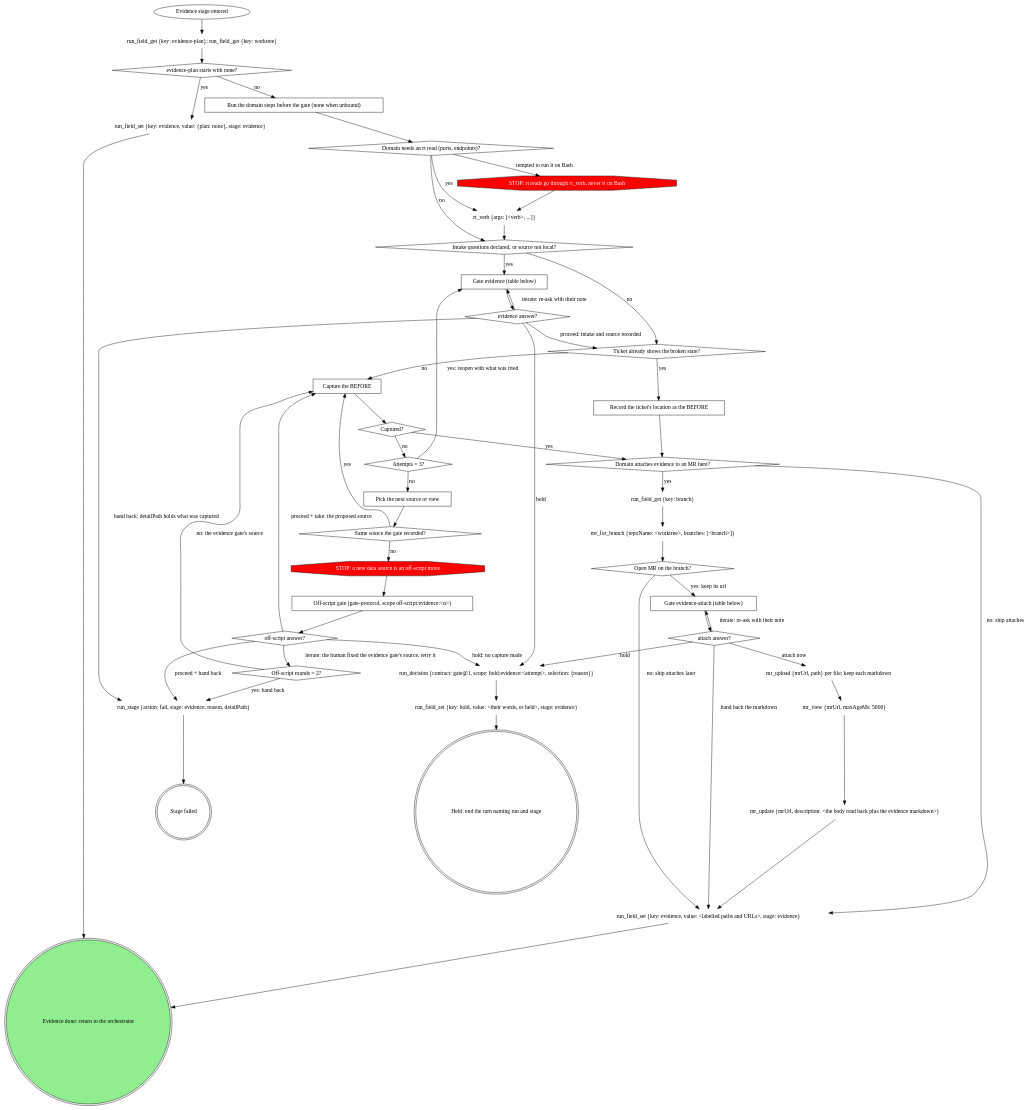
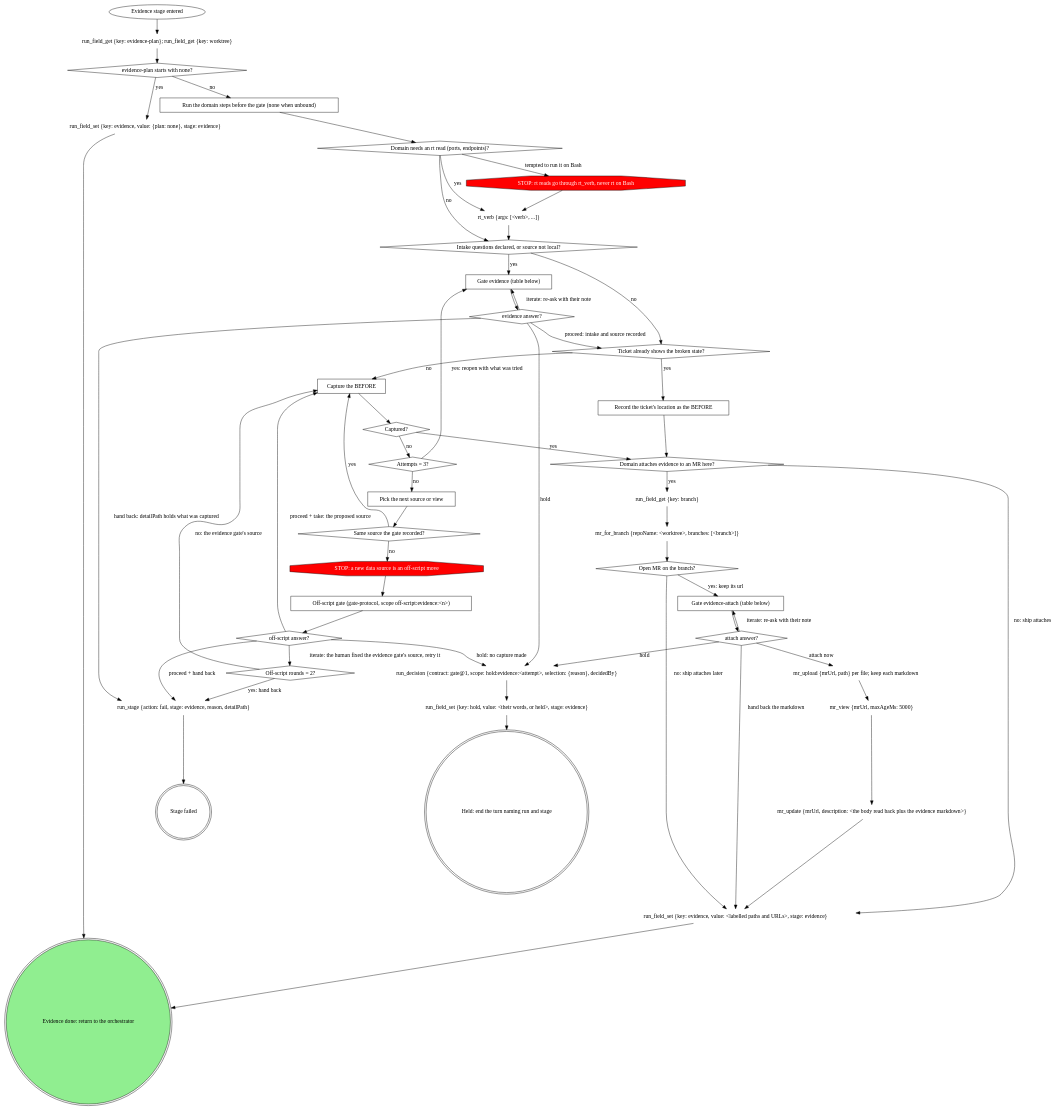
Before and after one commit to m4ttstack/skills: the diagram in attachments/pipeline/stage-evidence/SKILL.md, drawn with Graphviz. The commit also changed 5 other files, not shown here.

First line of the commit message:
work, stages: gate endings, Hold decidedBy, ship STOP routing (RT-343)

```diff
--- a/attachments/pipeline/stage-evidence/SKILL.md
+++ b/attachments/pipeline/stage-evidence/SKILL.md
@@ -60,7 +60,7 @@
     "mr_update {mrUrl, description: <the body read back plus the evidence markdown>}" [shape=plaintext];
     "run_field_set {key: evidence, value: <labelled paths and URLs>, stage: evidence}" [shape=plaintext];
     "run_stage {action: fail, stage: evidence, reason, detailPath}" [shape=plaintext];
-    "run_decision {contract: gate@1, scope: hold:evidence:<attempt>, selection: {reason}}" [shape=plaintext];
+    "run_decision {contract: gate@1, scope: hold:evidence:<attempt>, selection: {reason}, decidedBy}" [shape=plaintext];
     "run_field_set {key: hold, value: <their words, or held>, stage: evidence}" [shape=plaintext];
     "Held: end the turn naming run and stage" [shape=doublecircle];
     "Stage failed" [shape=doublecircle];
@@ -82,7 +82,7 @@
     "Gate evidence (table below)" -> "evidence answer?";
     "evidence answer?" -> "Ticket already shows the broken state?" [label="proceed: intake and source recorded"];
     "evidence answer?" -> "Gate evidence (table below)" [label="iterate: re-ask with their note"];
-    "evidence answer?" -> "run_decision {contract: gate@1, scope: hold:evidence:<attempt>, selection: {reason}}" [label="hold"];
+    "evidence answer?" -> "run_decision {contract: gate@1, scope: hold:evidence:<attempt>, selection: {reason}, decidedBy}" [label="hold"];
     "evidence answer?" -> "run_stage {action: fail, stage: evidence, reason, detailPath}" [label="hand back: detailPath holds what was captured"];
     "Ticket already shows the broken state?" -> "Record the ticket's location as the BEFORE" [label="yes"];
     "Ticket already shows the broken state?" -> "Capture the BEFORE" [label="no"];
@@ -100,7 +100,7 @@
     "off-script answer?" -> "Capture the BEFORE" [label="proceed + take: the proposed source"];
     "off-script answer?" -> "run_stage {action: fail, stage: evidence, reason, detailPath}" [label="proceed + hand back"];
     "off-script answer?" -> "Off-script rounds = 2?" [label="iterate: the human fixed the evidence gate's source, retry it"];
-    "off-script answer?" -> "run_decision {contract: gate@1, scope: hold:evidence:<attempt>, selection: {reason}}" [label="hold: no capture made"];
+    "off-script answer?" -> "run_decision {contract: gate@1, scope: hold:evidence:<attempt>, selection: {reason}, decidedBy}" [label="hold: no capture made"];
     "Off-script rounds = 2?" -> "Capture the BEFORE" [label="no: the evidence gate's source"];
     "Off-script rounds = 2?" -> "run_stage {action: fail, stage: evidence, reason, detailPath}" [label="yes: hand back"];
     "Domain attaches evidence to an MR here?" -> "run_field_get {key: branch}" [label="yes"];
@@ -112,8 +112,8 @@
     "Gate evidence-attach (table below)" -> "attach answer?";
     "attach answer?" -> "mr_upload {mrUrl, path} per file; keep each markdown" [label="attach now"];
     "attach answer?" -> "run_field_set {key: evidence, value: <labelled paths and URLs>, stage: evidence}" [label="hand back the markdown"];
-    "attach answer?" -> "run_decision {contract: gate@1, scope: hold:evidence:<attempt>, selection: {reason}}" [label="hold"];
-    "run_decision {contract: gate@1, scope: hold:evidence:<attempt>, selection: {reason}}" -> "run_field_set {key: hold, value: <their words, or held>, stage: evidence}";
+    "attach answer?" -> "run_decision {contract: gate@1, scope: hold:evidence:<attempt>, selection: {reason}, decidedBy}" [label="hold"];
+    "run_decision {contract: gate@1, scope: hold:evidence:<attempt>, selection: {reason}, decidedBy}" -> "run_field_set {key: hold, value: <their words, or held>, stage: evidence}";
     "run_field_set {key: hold, value: <their words, or held>, stage: evidence}" -> "Held: end the turn naming run and stage";
     "attach answer?" -> "Gate evidence-attach (table below)" [label="iterate: re-ask with their note"];
     "mr_upload {mrUrl, path} per file; keep each markdown" -> "mr_view {mrUrl, maxAgeMs: 5000}";
```
